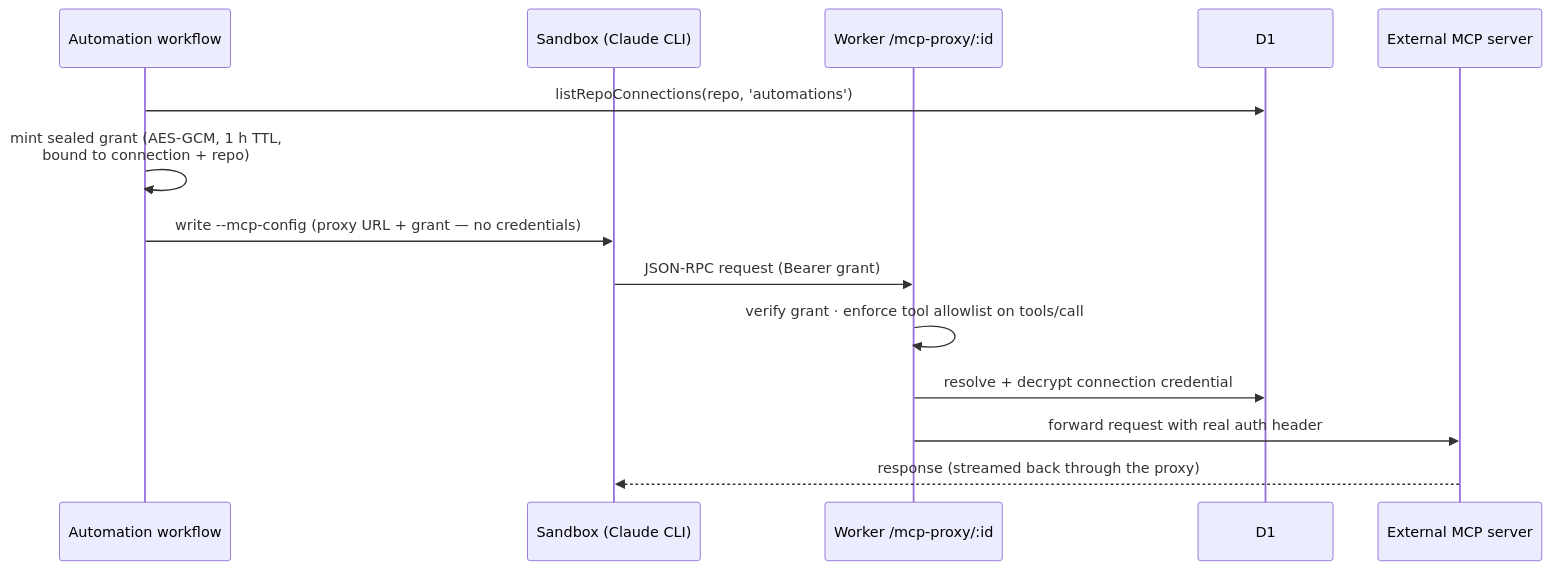
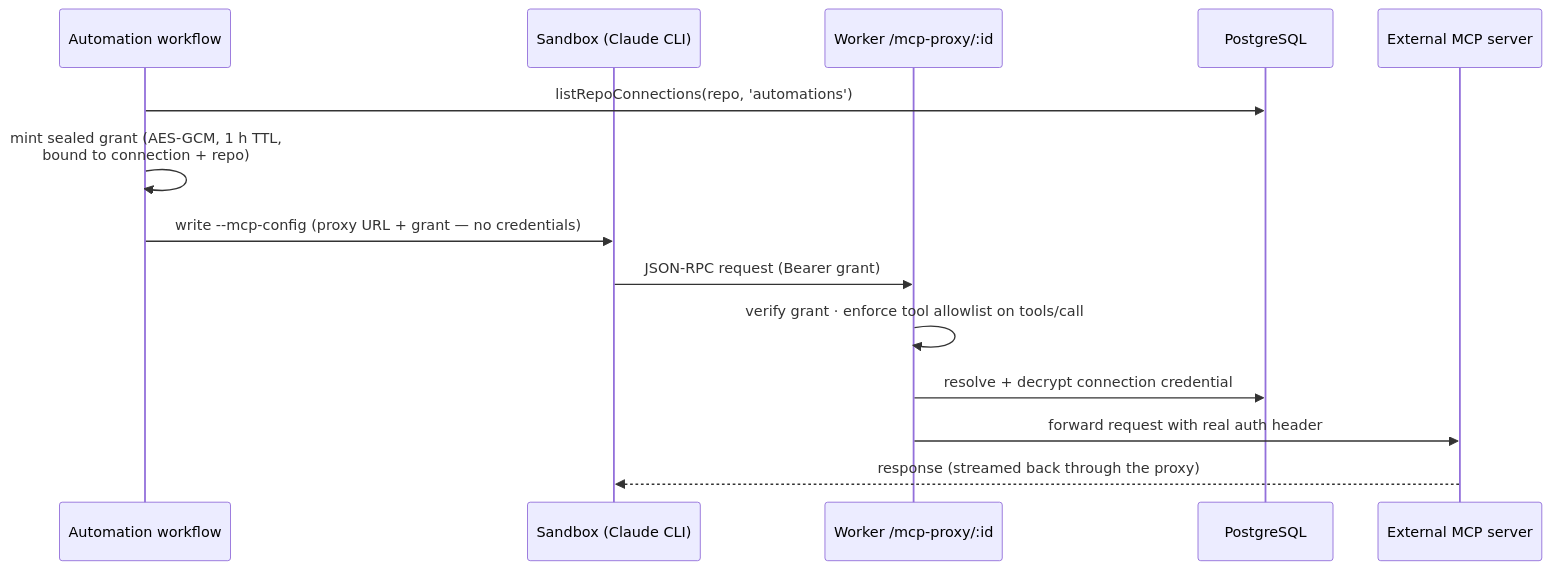
The second of 2 diagrams in README.md (Ngineer101/turbodiff), drawn with Mermaid before and after one commit. The commit also changed other lines of this file and 152 other files, not shown here.

First line of the commit message:
Migrate persistence to PostgreSQL via Hyperdrive (#115)

````diff
--- a/README.md
+++ b/README.md
@@ -145,17 +145,17 @@
 ```mermaid
 sequenceDiagram
   participant WF as Automation workflow
   participant SB as Sandbox (Claude CLI)
   participant PX as Worker /mcp-proxy/:id
-  participant D1
+  participant PG as PostgreSQL
   participant MCP as External MCP server
 
-  WF->>D1: listRepoConnections(repo, 'automations')
+  WF->>PG: listRepoConnections(repo, 'automations')
   WF->>WF: mint sealed grant (AES-GCM, 1 h TTL,<br/>bound to connection + repo)
   WF->>SB: write --mcp-config (proxy URL + grant — no credentials)
   SB->>PX: JSON-RPC request (Bearer grant)
   PX->>PX: verify grant · enforce tool allowlist on tools/call
-  PX->>D1: resolve + decrypt connection credential
+  PX->>PG: resolve + decrypt connection credential
   PX->>MCP: forward request with real auth header
   MCP-->>SB: response (streamed back through the proxy)
 ```
````
